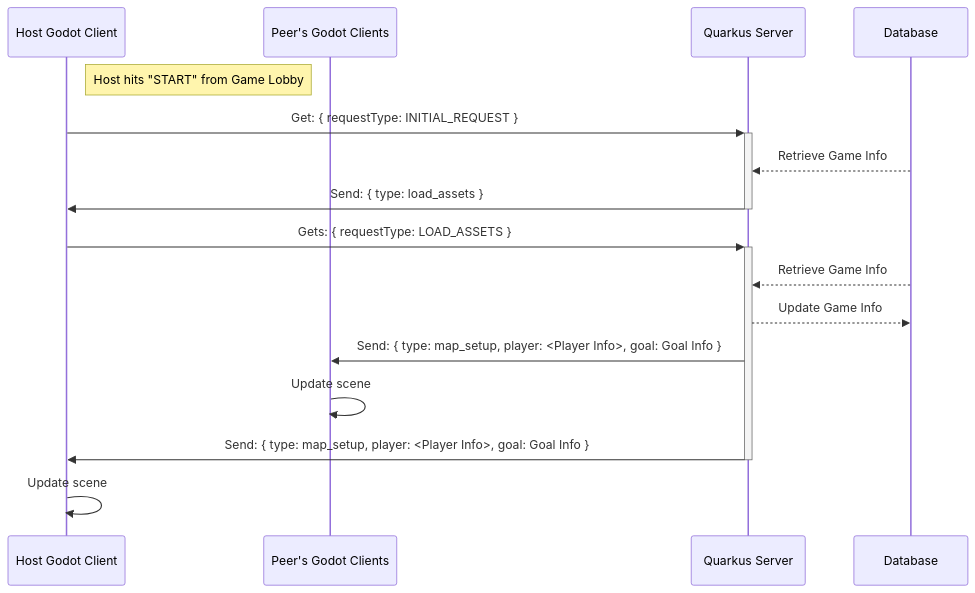
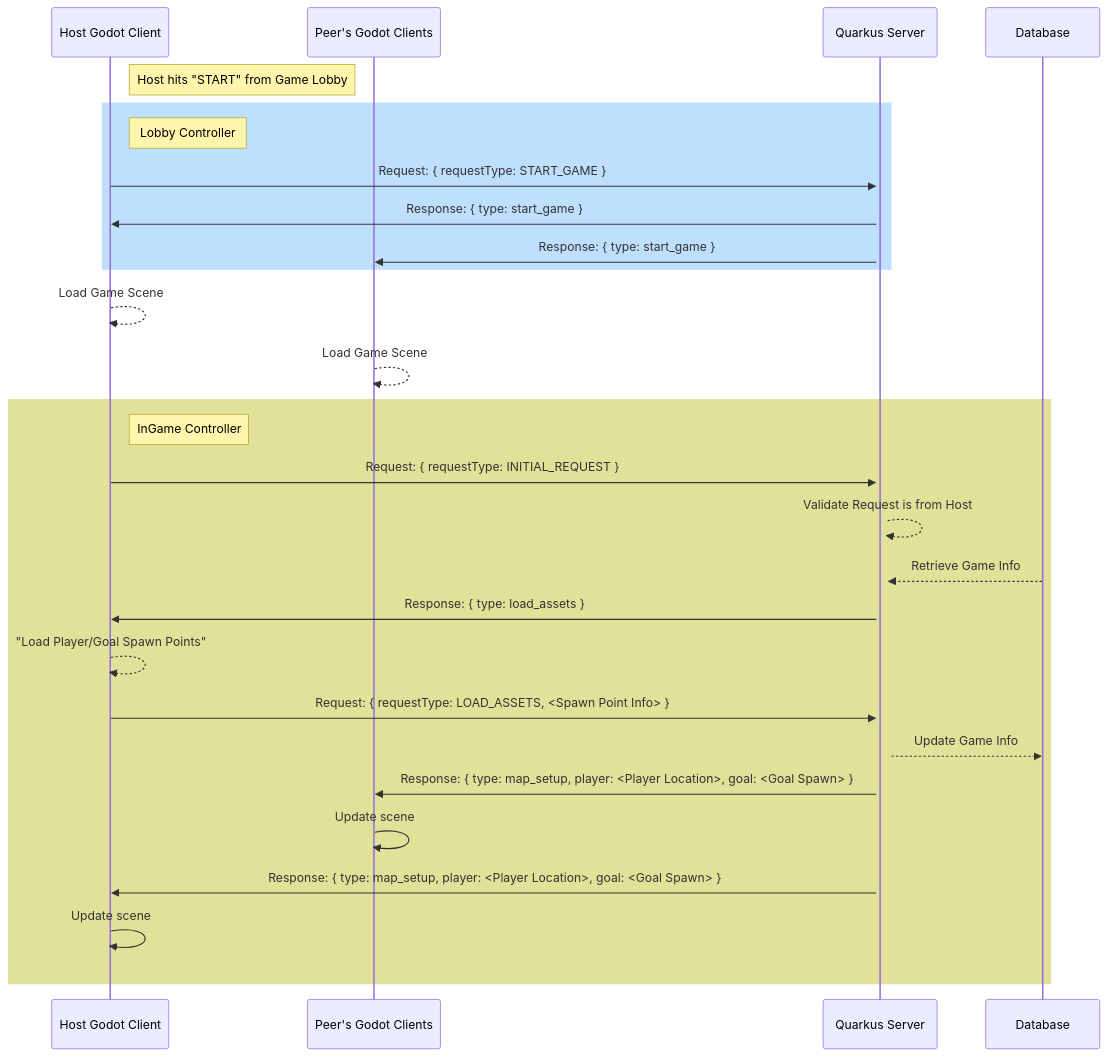
One commit to Jaland/godot-lobby-backend changed the third of 3 diagrams in README.md. Above: the diagram before and after it, drawn with Mermaid. The commit also changed other lines of this file, not shown here.

````diff
--- a/README.md
+++ b/README.md
@@ -246,28 +261,41 @@
 ```mermaid
 sequenceDiagram
   participant UClient as Host Godot Client
   participant GClient as Peer's Godot Clients
   participant Controller as Quarkus Server
   participant Database as Database
 
 
   note right of UClient: Host hits "START" from Game Lobby
 
-  UClient->>+Controller: Get: { requestType: INITIAL_REQUEST }
+
+  rect rgb(191, 223, 255)
+  note right of UClient: Lobby Controller
+  UClient->>+Controller: Request: { requestType: START_GAME }
+    Controller->>UClient: Response: { type: start_game }
+    Controller->>GClient: Response: { type: start_game }
+
+  end
+
+  UClient-->>UClient: Load Game Scene
+  GClient-->>GClient: Load Game Scene
+
+
+  rect rgb(225, 225, 153)
+  note right of UClient: InGame Controller
+  UClient->>+Controller: Request: { requestType: INITIAL_REQUEST }
+    Controller-->>Controller: Validate Request is from Host
     Database-->>Controller: Retrieve Game Info
-    Controller->>-UClient: Send: { type: load_assets }
+    Controller->>UClient: Response: { type: load_assets }
+    UClient-->>UClient: "Load Player/Goal Spawn Points"
 
   
-  UClient->>+Controller: Gets: { requestType: LOAD_ASSETS }
-    Database-->>Controller: Retrieve Game Info
+  UClient->>+Controller: Request: { requestType: LOAD_ASSETS, <Spawn Point Info> }
     Controller-->>Database: Update Game Info
-    Controller->>GClient: Send: { type: map_setup, player: <Player Info>, goal: Goal Info }
-  
-  
-  GClient->>GClient: Update scene
+    Controller->>GClient: Response: { type: map_setup, player: <Player Location>, goal: <Goal Spawn> }
+    GClient->>GClient: Update scene
+    Controller->>UClient: Response: { type: map_setup, player: <Player Location>, goal: <Goal Spawn> }
+    UClient->>UClient: Update scene
 
-
-  Controller->>-UClient: Send: { type: map_setup, player: <Player Info>, goal: Goal Info }
-  UClient->>UClient: Update scene
-  
+  end
 ```
````
